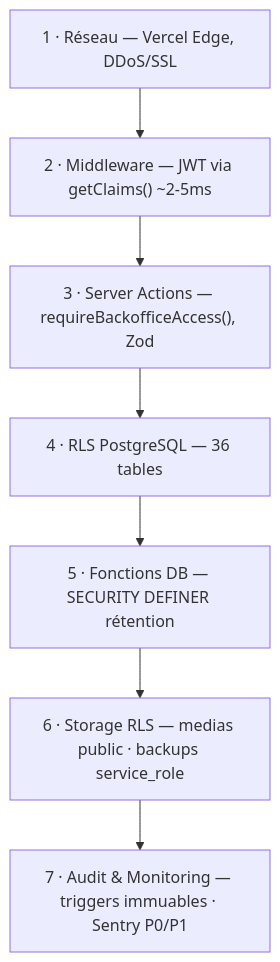
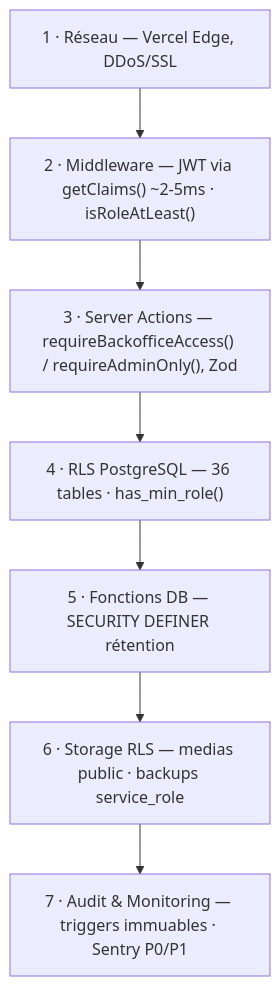
One commit to YanBerdin/rougecardinalcompany changed the second of 2 diagrams in README.md. Above: the diagram before and after it, drawn with Mermaid. The commit also changed other lines of this file, not shown here.

````diff
--- a/README.md
+++ b/README.md
@@ -134,12 +136,12 @@
 ```mermaid
 flowchart TB
   L1["1 · Réseau — Vercel Edge, DDoS/SSL"]
-  L2["2 · Middleware — JWT via getClaims() ~2-5ms"]
-  L3["3 · Server Actions — requireBackofficeAccess(), Zod"]
-  L4["4 · RLS PostgreSQL — 36 tables"]
+  L2["2 · Middleware — JWT via getClaims() ~2-5ms · isRoleAtLeast()"]
+  L3["3 · Server Actions — requireBackofficeAccess() / requireAdminOnly(), Zod"]
+  L4["4 · RLS PostgreSQL — 36 tables · has_min_role()"]
   L5["5 · Fonctions DB — SECURITY DEFINER rétention"]
   L6["6 · Storage RLS — medias public · backups service_role"]
   L7["7 · Audit & Monitoring — triggers immuables · Sentry P0/P1"]
 
   L1 --> L2 --> L3 --> L4 --> L5 --> L6 --> L7
 ```
````
